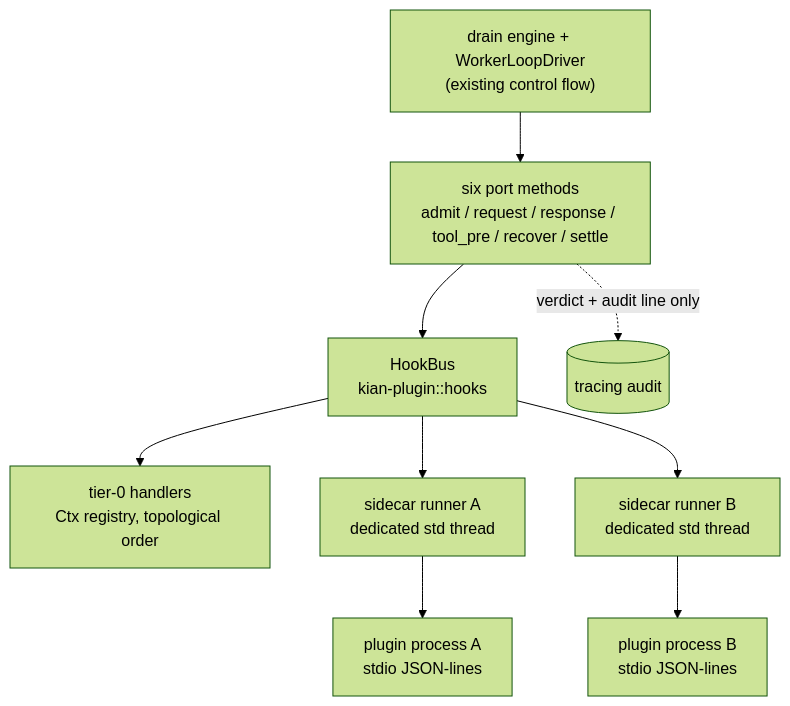
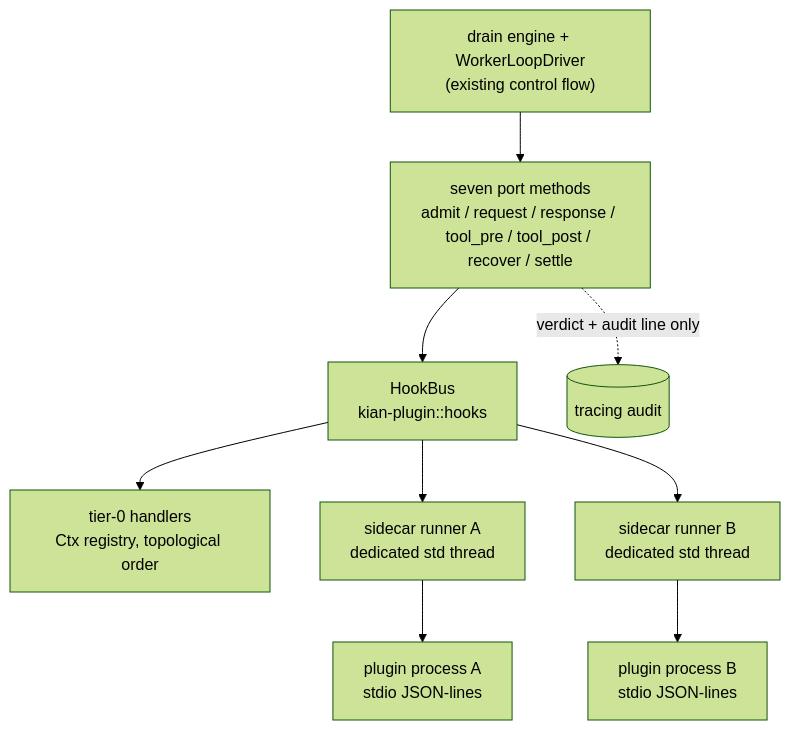
One commit to flyer103/kian changed the diagram in design/PLUGIN-SPEC.md. Above: the diagram before and after it, drawn with Mermaid (forest theme). The commit also changed other lines of this file and 3 other files, not shown here.

````diff
--- a/design/PLUGIN-SPEC.md
+++ b/design/PLUGIN-SPEC.md
@@ -116,11 +166,11 @@
 ```mermaid
 graph TB
-  E["drain engine + WorkerLoopDriver<br/>(existing control flow)"] --> P["six port methods<br/>admit / request / response / tool_pre / recover / settle"]
+  E["drain engine + WorkerLoopDriver<br/>(existing control flow)"] --> P["seven port methods<br/>admit / request / response / tool_pre / tool_post / recover / settle"]
   P --> B["HookBus<br/>kian-plugin::hooks"]
   B --> T0["tier-0 handlers<br/>Ctx registry, topological order"]
   B --> R1["sidecar runner A<br/>dedicated std thread"]
   B --> R2["sidecar runner B<br/>dedicated std thread"]
   R1 --> P1["plugin process A<br/>stdio JSON-lines"]
   R2 --> P2["plugin process B<br/>stdio JSON-lines"]
   P -. "verdict + audit line only" .-> A[("tracing audit")]
 ```
````
